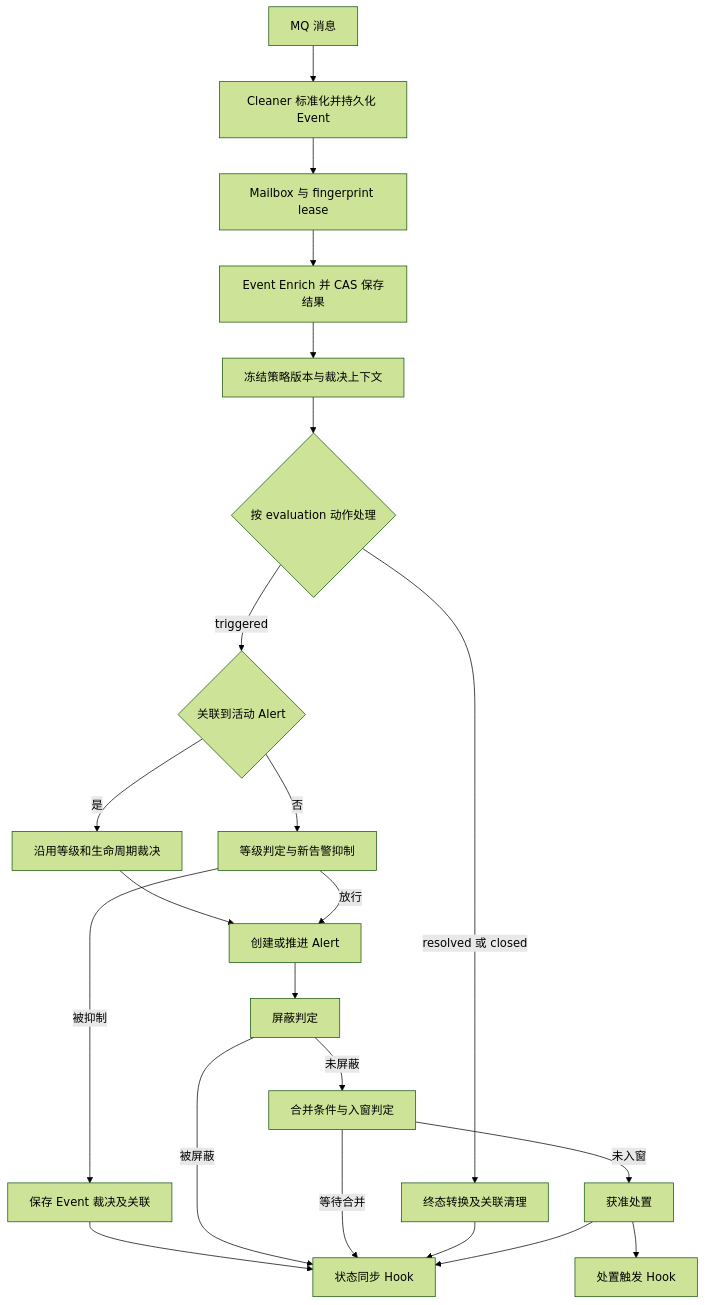
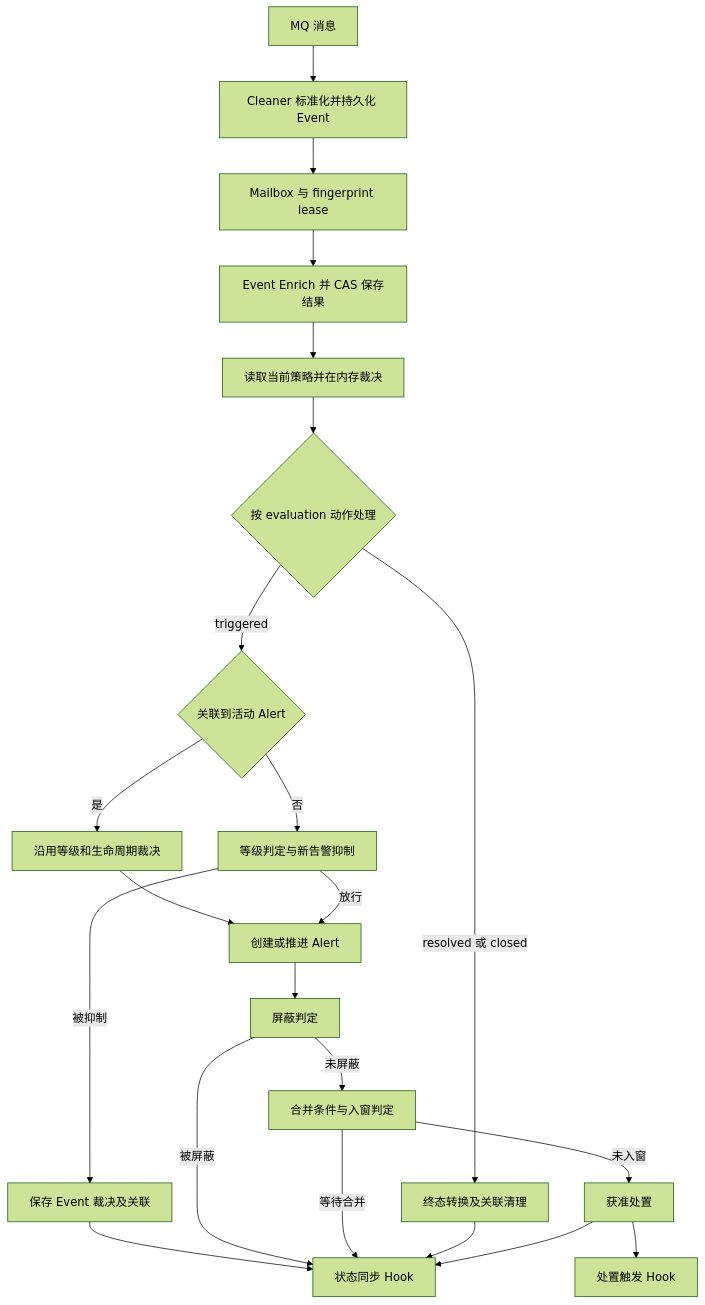
Before and after one commit to TencentBlueKing/bkmonitor-datalink: the first of 2 diagrams in pkg/linkd/docs/design/event-enrich-and-alarm-policies.md, drawn with Mermaid (forest theme). The commit also changed other lines of this file and 45 other files, not shown here.

````diff
--- a/pkg/linkd/docs/design/event-enrich-and-alarm-policies.md
+++ b/pkg/linkd/docs/design/event-enrich-and-alarm-policies.md
@@ -101,24 +101,24 @@
 ```mermaid
 flowchart TD
     A[MQ 消息] --> B[Cleaner 标准化并持久化 Event]
     B --> C[Mailbox 与 fingerprint lease]
     C --> D[Event Enrich 并 CAS 保存结果]
-    D --> E[冻结策略版本与裁决上下文]
+    D --> E[读取当前策略并在内存裁决]
     E --> F{按 evaluation 动作处理}
     F -->|triggered| Q{关联到活动 Alert}
     Q -->|是| R[沿用等级和生命周期裁决]
     R --> I
     Q -->|否| G[等级判定与新告警抑制]
     G -->|被抑制| H[保存 Event 裁决及关联]
     G -->|放行| I[创建或推进 Alert]
     I --> J[屏蔽判定]
     J -->|未屏蔽| K[合并条件与入窗判定]
     K -->|未入窗| L[获准处置]
     F -->|resolved 或 closed| M[终态转换及关联清理]
     H --> N[状态同步 Hook]
     J -->|被屏蔽| N
     K -->|等待合并| N
     M --> N
     L --> N
     L --> O[处置触发 Hook]
 ```
````
